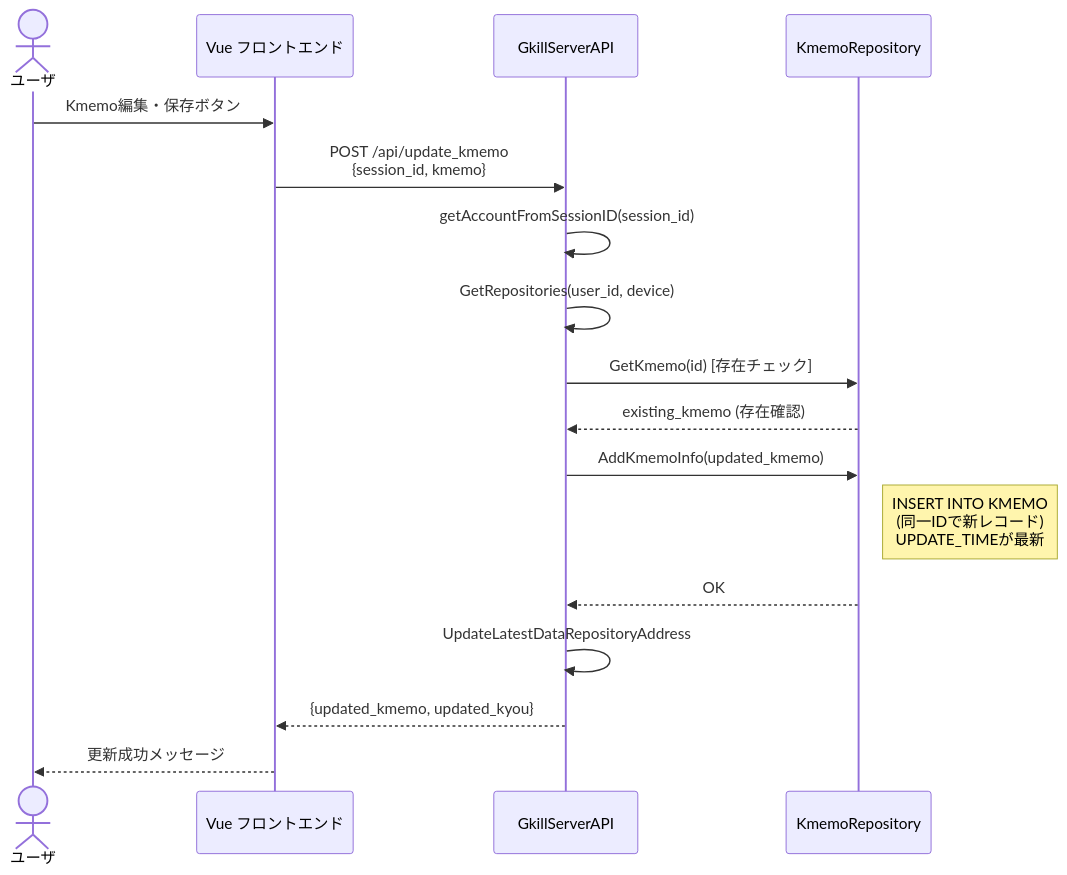
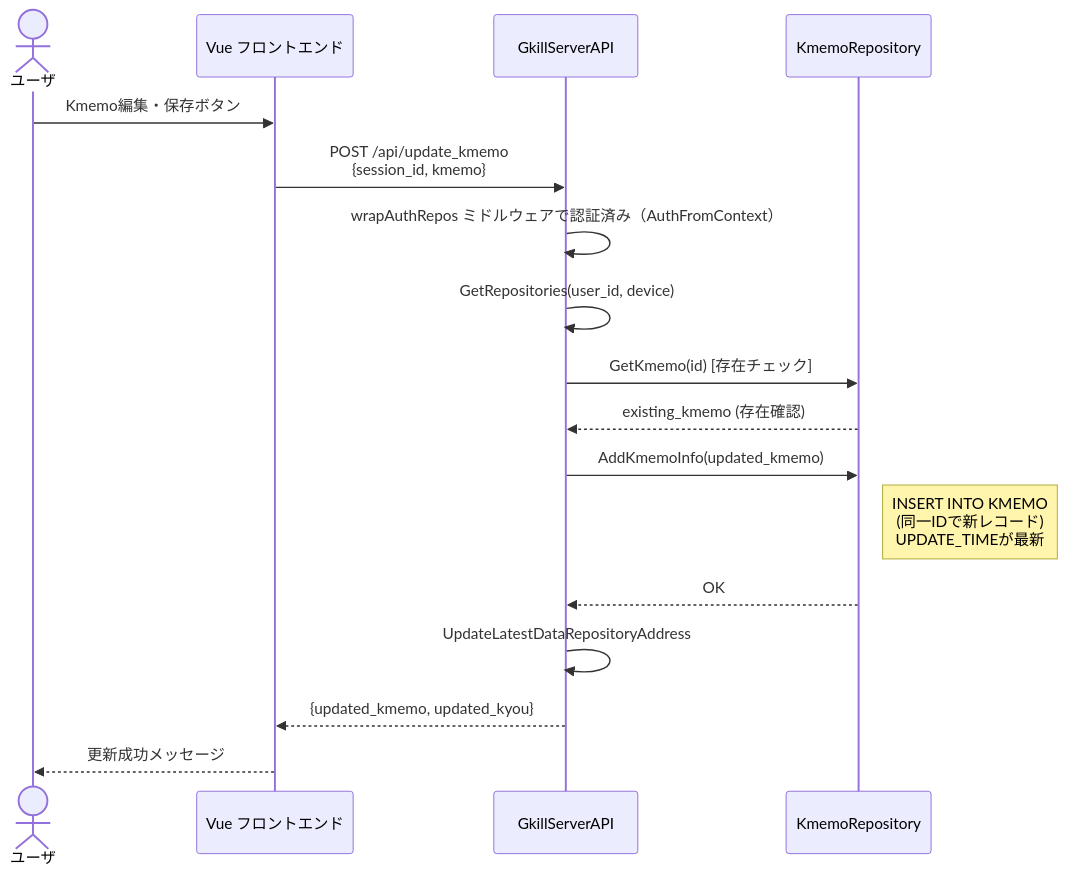
One commit to mt3hr/gkill changed the fourth of 28 diagrams in documents/reverse/sequence-diagrams.md. Above: the diagram before and after it, drawn with Mermaid. The commit also changed other lines of this file and 146 other files, not shown here.

````diff
--- a/documents/reverse/sequence-diagrams.md
+++ b/documents/reverse/sequence-diagrams.md
@@ -89,20 +91,20 @@
 ```mermaid
 sequenceDiagram
     actor User as ユーザ
     participant UI as Vue フロントエンド
     participant API as GkillServerAPI
     participant KmemoRep as KmemoRepository
 
     User->>UI: Kmemo編集・保存ボタン
     UI->>API: POST /api/update_kmemo<br>{session_id, kmemo}
-    API->>API: getAccountFromSessionID(session_id)
+    API->>API: wrapAuthRepos ミドルウェアで認証済み（AuthFromContext）
     API->>API: GetRepositories(user_id, device)
     API->>KmemoRep: GetKmemo(id) [存在チェック]
     KmemoRep-->>API: existing_kmemo (存在確認)
     API->>KmemoRep: AddKmemoInfo(updated_kmemo)
     Note right of KmemoRep: INSERT INTO KMEMO<br>(同一IDで新レコード)<br>UPDATE_TIMEが最新
     KmemoRep-->>API: OK
     API->>API: UpdateLatestDataRepositoryAddress
     API-->>UI: {updated_kmemo, updated_kyou}
     UI-->>User: 更新成功メッセージ
 ```
````
